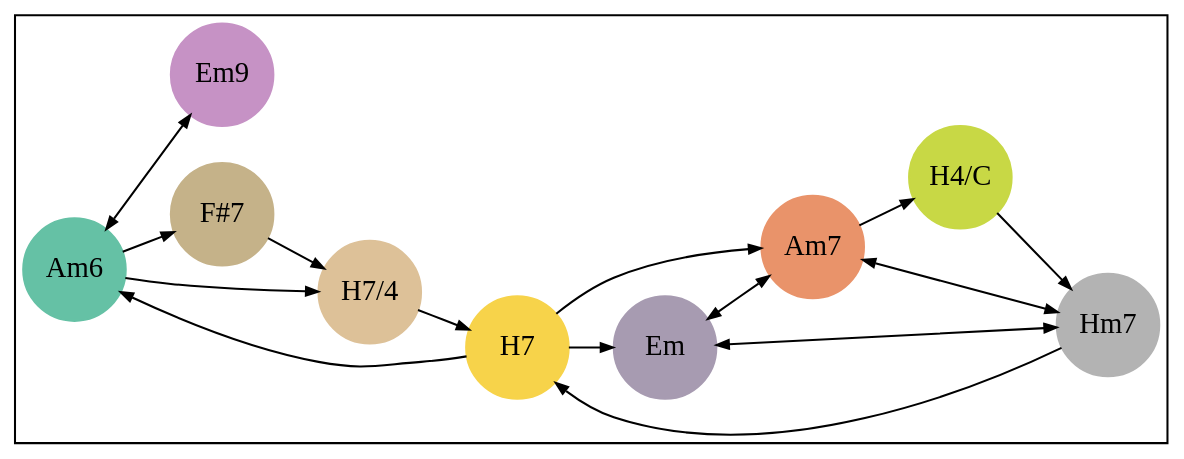
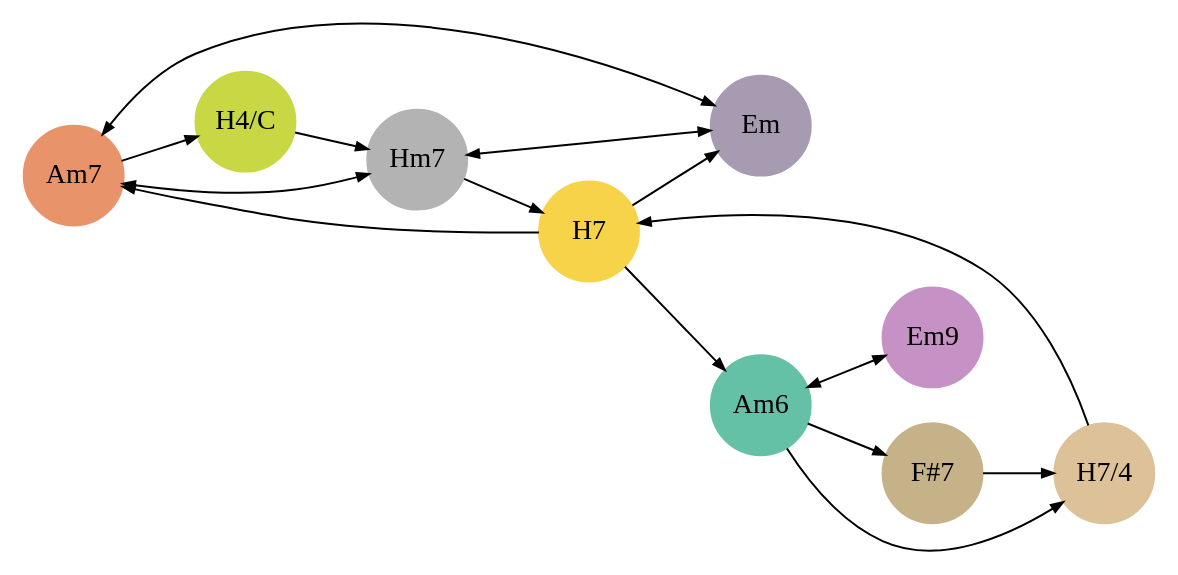
Before and after one commit to bzamecnik/music-viz: the diagram in hladova-zed/hladova-zed-chord-state-diagram.gv, drawn with Graphviz. The commit also changed 4 other files, not shown here.

Commit message:
Change the graph node ordering - by first appearance in the sequence.

```diff
--- a/hladova-zed/hladova-zed-chord-state-diagram.gv
+++ b/hladova-zed/hladova-zed-chord-state-diagram.gv
@@ -1,32 +1,32 @@
 digraph {
-	graph [colorscheme=paired9 concentrate=true margin=0.2 nodesep=0.25 rankdir=LR ranksep=0.3]
+	graph [concentrate=true rankdir=LR]
 	node [fixedsize=true height=0.7 shape=circle width=0.7]
 	edge [arrowsize=0.6]
+		Am7 [color="0.053934, 0.545932, 0.916724" style=filled]
+		Hm7 [color="0.000000, 0.000000, 0.701961" style=filled]
+		Em [color="0.761791, 0.124472, 0.695963" style=filled]
+		H7 [color="0.131490, 0.700242, 0.972411" style=filled]
 		Am6 [color="0.447464, 0.474227, 0.760784" style=filled]
-		Am7 [color="0.053934, 0.545932, 0.916724" style=filled]
-		Em [color="0.761791, 0.124472, 0.695963" style=filled]
 		Em9 [color="0.834160, 0.263164, 0.777163" style=filled]
+		"H7/4" [color="0.098765, 0.311125, 0.868820" style=filled]
+		"H4/C" [color="0.184241, 0.678869, 0.848597" style=filled]
 		"F#7" [color="0.112061, 0.301766, 0.774933" style=filled]
-		"H4/C" [color="0.184241, 0.678869, 0.848597" style=filled]
-		H7 [color="0.131490, 0.700242, 0.972411" style=filled]
-		"H7/4" [color="0.098765, 0.311125, 0.868820" style=filled]
-		Hm7 [color="0.000000, 0.000000, 0.701961" style=filled]
 			Am6 -> Em9
 			Am6 -> "F#7"
 			Am6 -> "H7/4"
 			Am7 -> Em
 			Am7 -> "H4/C"
 			Am7 -> Hm7
 			Em -> Am7
 			Em -> Hm7
 			Em9 -> Am6
 			"F#7" -> "H7/4"
 			"H4/C" -> Hm7
 			H7 -> Am6
 			H7 -> Am7
 			H7 -> Em
 			"H7/4" -> H7
 			Hm7 -> Am7
 			Hm7 -> Em
 			Hm7 -> H7
 }
```
